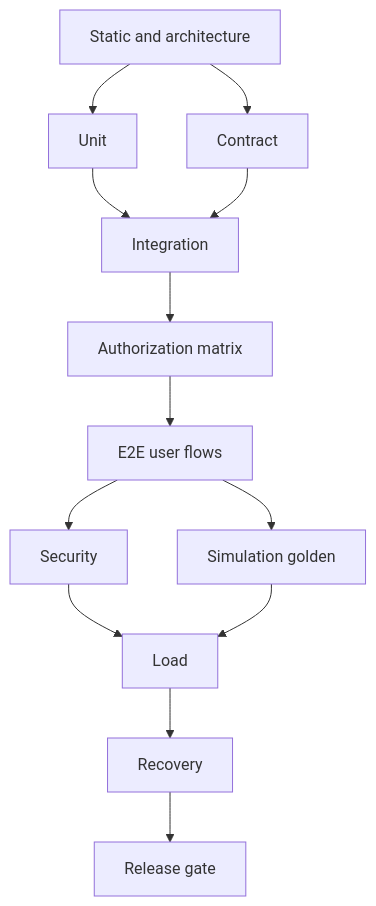
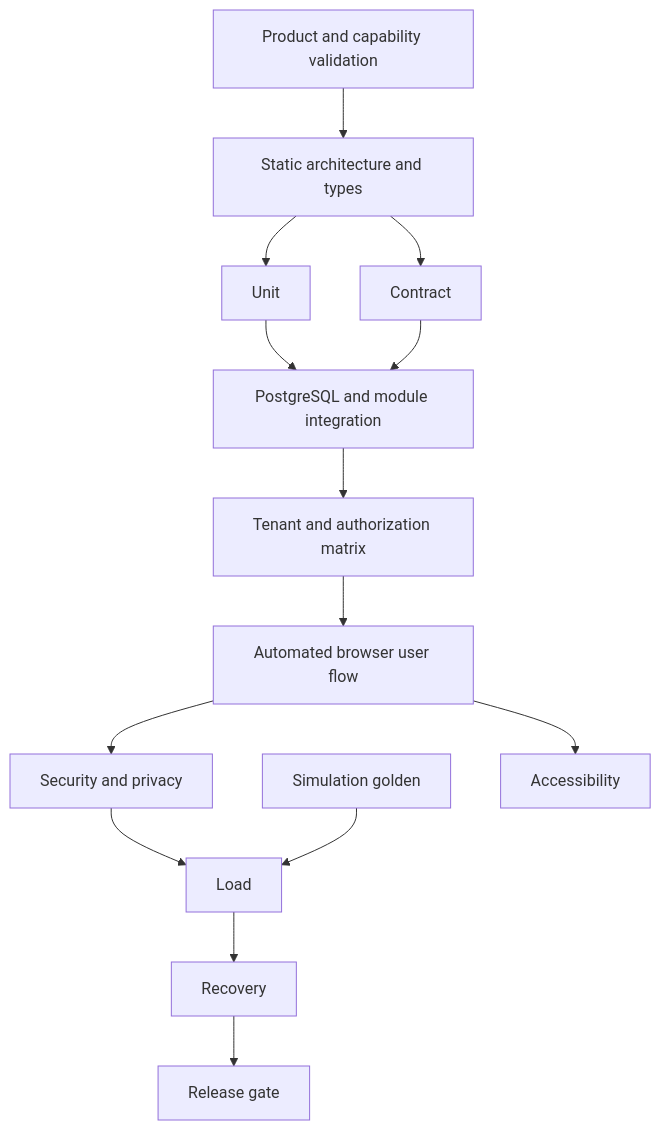
The second of 3 diagrams in docs/project-map/QUALITY_MAP.md (spikeal8-maker/asa-lab), drawn with Mermaid before and after one commit. The commit also changed other lines of this file, not shown here.

Commit message:
docs(quality): align gates with capability-driven roadmap

````diff
--- a/docs/project-map/QUALITY_MAP.md
+++ b/docs/project-map/QUALITY_MAP.md
@@ -31,27 +33,30 @@
 ```mermaid
 flowchart TB
-    STATIC[Static and architecture]
+    PRODUCT[Product and capability validation]
+    STATIC[Static architecture and types]
     UNIT[Unit]
     CONTRACT[Contract]
-    INTEGRATION[Integration]
-    AUTHZ[Authorization matrix]
-    E2E[E2E user flows]
-    SECURITY[Security]
+    INTEGRATION[PostgreSQL and module integration]
+    AUTHZ[Tenant and authorization matrix]
+    E2E[Automated browser user flow]
+    SECURITY[Security and privacy]
     GOLDEN[Simulation golden]
+    ACCESS[Accessibility]
     LOAD[Load]
     RECOVERY[Recovery]
     RELEASE[Release gate]
 
+    PRODUCT --> STATIC
     STATIC --> UNIT
     STATIC --> CONTRACT
     UNIT --> INTEGRATION
     CONTRACT --> INTEGRATION
     INTEGRATION --> AUTHZ
     AUTHZ --> E2E
     E2E --> SECURITY
-    E2E --> GOLDEN
+    E2E --> ACCESS
     SECURITY --> LOAD
     GOLDEN --> LOAD
     LOAD --> RECOVERY
     RECOVERY --> RELEASE
 ```
````
